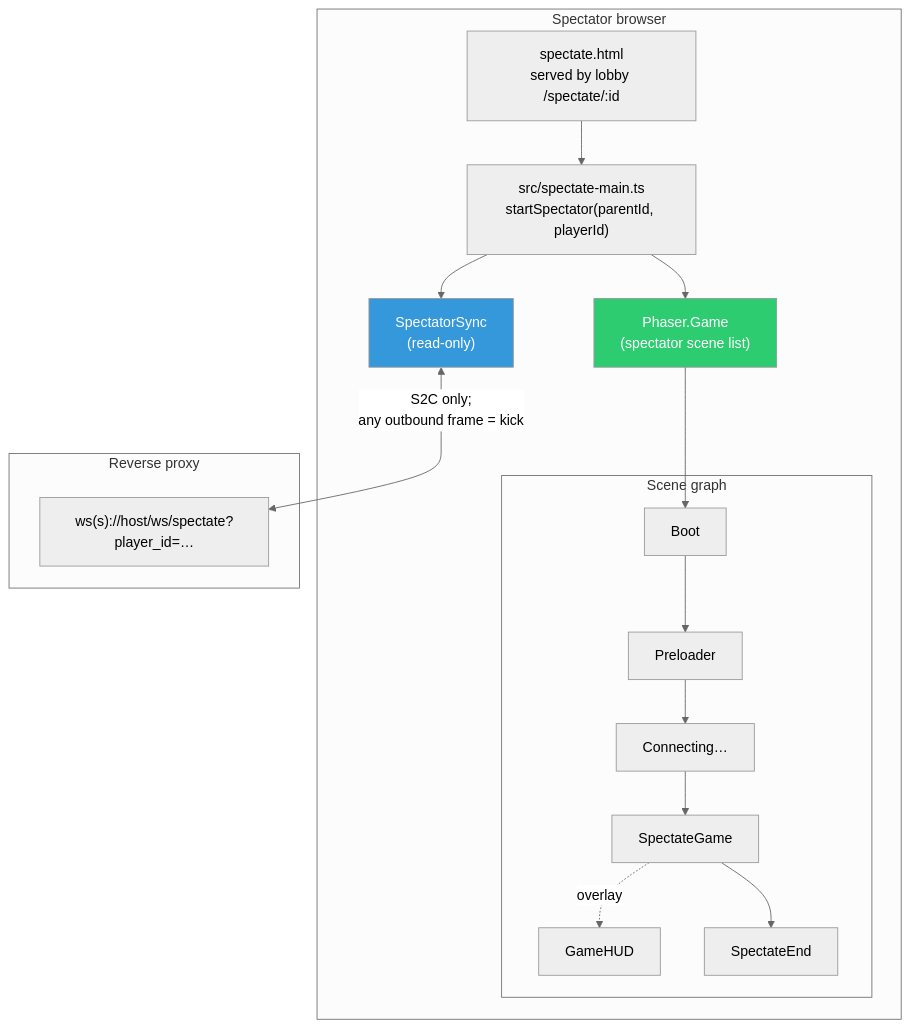
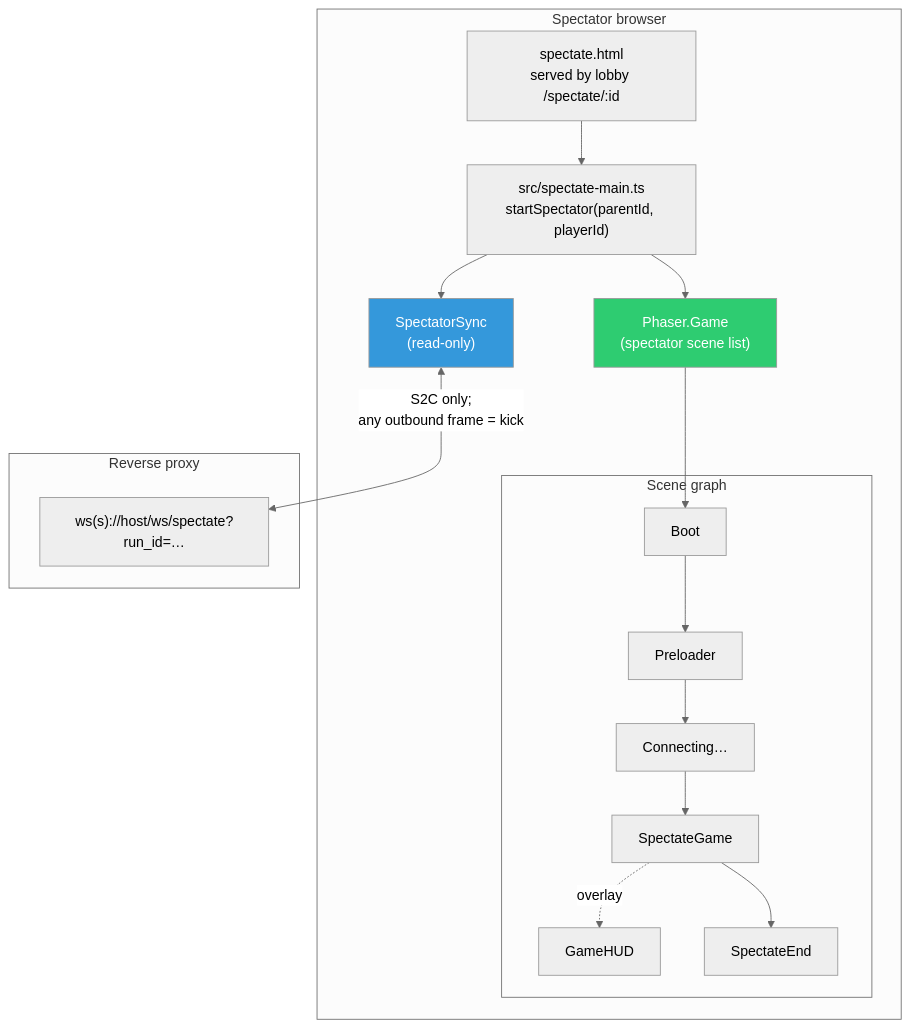
The first of 3 diagrams in docs/specs/client/09-spectator-mode.md (NUSGreyhats/dcsg-vibecat-404), drawn with Mermaid (neutral theme) before and after one commit. The commit also changed other lines of this file and 10 other files, not shown here.

````diff
--- a/docs/specs/client/09-spectator-mode.md
+++ b/docs/specs/client/09-spectator-mode.md
@@ -19,32 +19,32 @@
 ```mermaid
 graph TB
     subgraph "Spectator browser"
         HTML["spectate.html<br/>served by lobby /spectate/:id"]
         MAIN["src/spectate-main.ts<br/>startSpectator(parentId, playerId)"]
         PHASER["Phaser.Game<br/>(spectator scene list)"]
 
         subgraph "Scene graph"
             BOOT[Boot]
             PRE[Preloader]
             WAIT[Connecting…]
             VIEW[SpectateGame]
             HUD[GameHUD]
             END[SpectateEnd]
         end
 
         SYNC["SpectatorSync<br/>(read-only)"]
     end
 
     subgraph Reverse proxy
-        WS["ws(s)://host/ws/spectate?player_id=…"]
+        WS["ws(s)://host/ws/spectate?run_id=…"]
     end
 
     HTML --> MAIN --> PHASER
     PHASER --> BOOT --> PRE --> WAIT --> VIEW --> END
     VIEW -.overlay.-> HUD
     MAIN --> SYNC
     SYNC <-->|"S2C only;<br/>any outbound frame = kick"| WS
 
     style PHASER fill:#2ecc71,color:#fff
     style SYNC fill:#3498db,color:#fff
 ```
````
